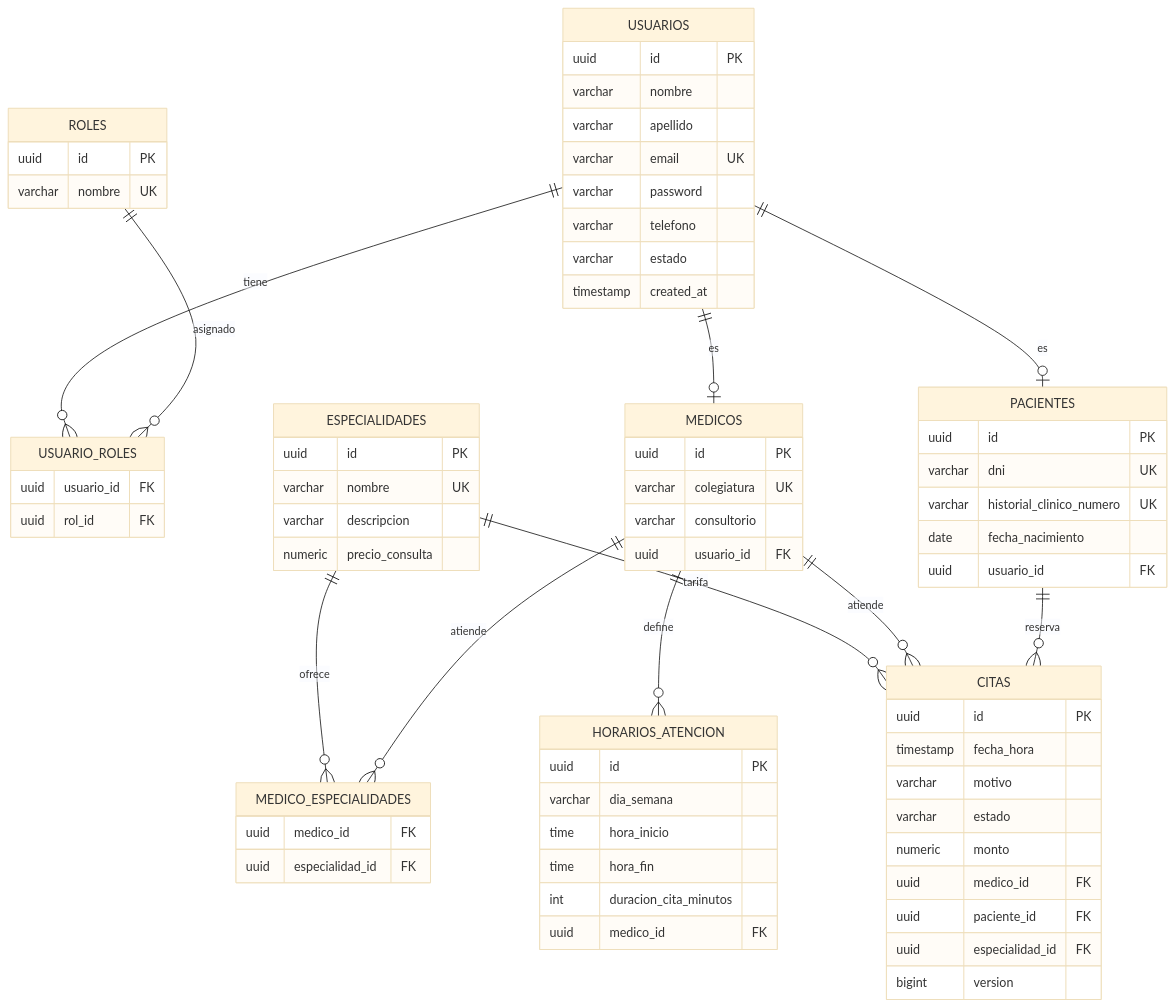
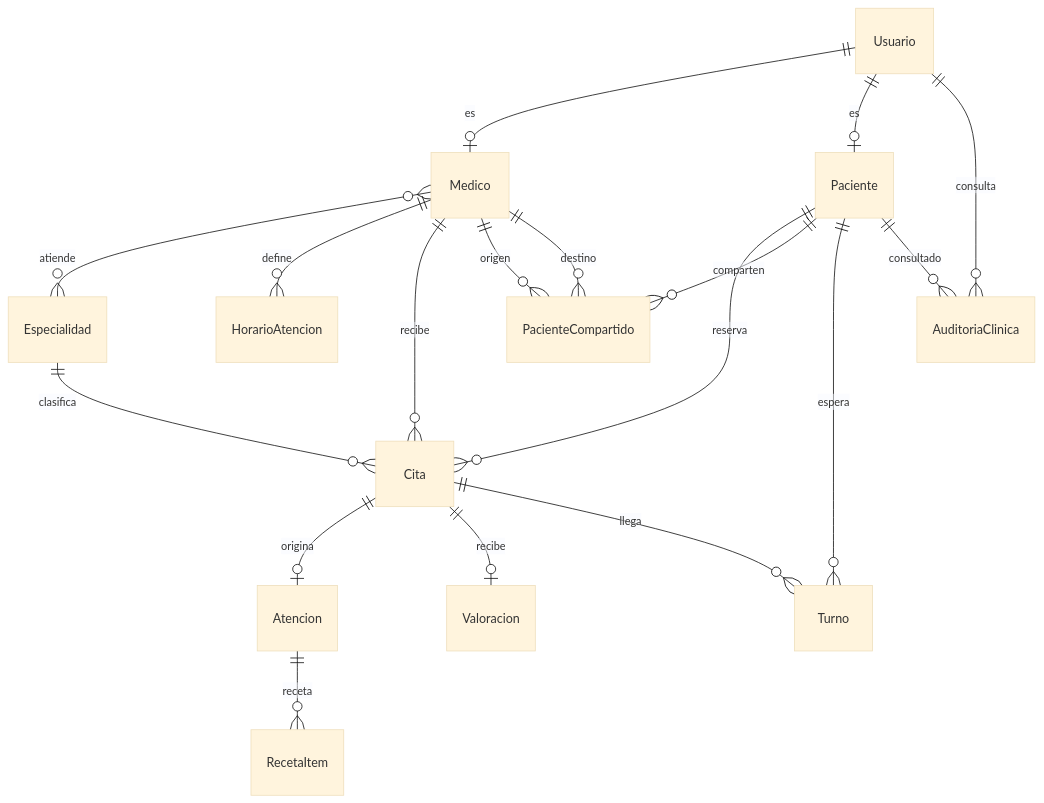
The sixth of 38 diagrams in README.md (jhonsferg/tusalud), drawn with Mermaid (base theme) before and after one commit. The commit also changed other lines of this file and 7 other files, not shown here.

````diff
--- a/README.md
+++ b/README.md
@@ -504,74 +504,20 @@
 ```mermaid
 erDiagram
-    USUARIOS ||--o{ USUARIO_ROLES : tiene
-    ROLES ||--o{ USUARIO_ROLES : asignado
-    USUARIOS ||--o| MEDICOS : es
-    USUARIOS ||--o| PACIENTES : es
-    ESPECIALIDADES ||--o{ MEDICO_ESPECIALIDADES : ofrece
-    MEDICOS ||--o{ MEDICO_ESPECIALIDADES : atiende
-    ESPECIALIDADES ||--o{ CITAS : tarifa
-    MEDICOS ||--o{ HORARIOS_ATENCION : define
-    MEDICOS ||--o{ CITAS : atiende
-    PACIENTES ||--o{ CITAS : reserva
-
-    USUARIOS {
-        uuid id PK
-        varchar nombre
-        varchar apellido
-        varchar email UK
-        varchar password
-        varchar telefono
-        varchar estado
-        timestamp created_at
-    }
-    ROLES {
-        uuid id PK
-        varchar nombre UK
-    }
-    USUARIO_ROLES {
-        uuid usuario_id FK
-        uuid rol_id FK
-    }
-    ESPECIALIDADES {
-        uuid id PK
-        varchar nombre UK
-        varchar descripcion
-        numeric precio_consulta
-    }
-    MEDICO_ESPECIALIDADES {
-        uuid medico_id FK
-        uuid especialidad_id FK
-    }
-    MEDICOS {
-        uuid id PK
-        varchar colegiatura UK
-        varchar consultorio
-        uuid usuario_id FK
-    }
-    PACIENTES {
-        uuid id PK
-        varchar dni UK
-        varchar historial_clinico_numero UK
-        date fecha_nacimiento
-        uuid usuario_id FK
-    }
-    HORARIOS_ATENCION {
-        uuid id PK
-        varchar dia_semana
-        time hora_inicio
-        time hora_fin
-        int duracion_cita_minutos
-        uuid medico_id FK
-    }
-    CITAS {
-        uuid id PK
-        timestamp fecha_hora
-        varchar motivo
-        varchar estado
-        numeric monto
-        uuid medico_id FK
-        uuid paciente_id FK
-        uuid especialidad_id FK
-        bigint version
-    }
+    Usuario ||--o| Medico : es
+    Usuario ||--o| Paciente : es
+    Medico }o--o{ Especialidad : atiende
+    Medico ||--o{ HorarioAtencion : define
+    Paciente ||--o{ Cita : reserva
+    Medico ||--o{ Cita : recibe
+    Especialidad ||--o{ Cita : clasifica
+    Cita ||--o| Atencion : origina
+    Atencion ||--o{ RecetaItem : receta
+    Cita ||--o| Valoracion : recibe
+    Paciente ||--o{ PacienteCompartido : comparten
+    Medico ||--o{ PacienteCompartido : origen
+    Medico ||--o{ PacienteCompartido : destino
+    Paciente ||--o{ Turno : espera
+    Cita ||--o{ Turno : llega
+    Paciente ||--o{ AuditoriaClinica : consultado
+    Usuario ||--o{ AuditoriaClinica : consulta
 ```
````
